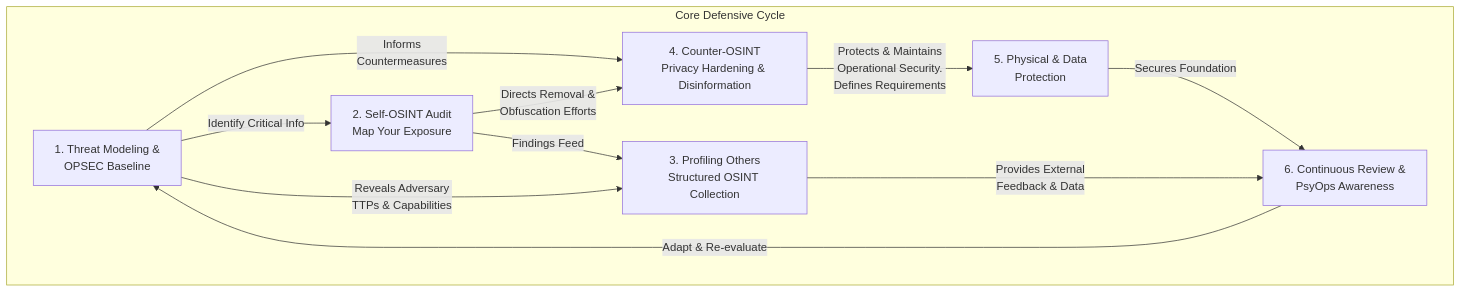
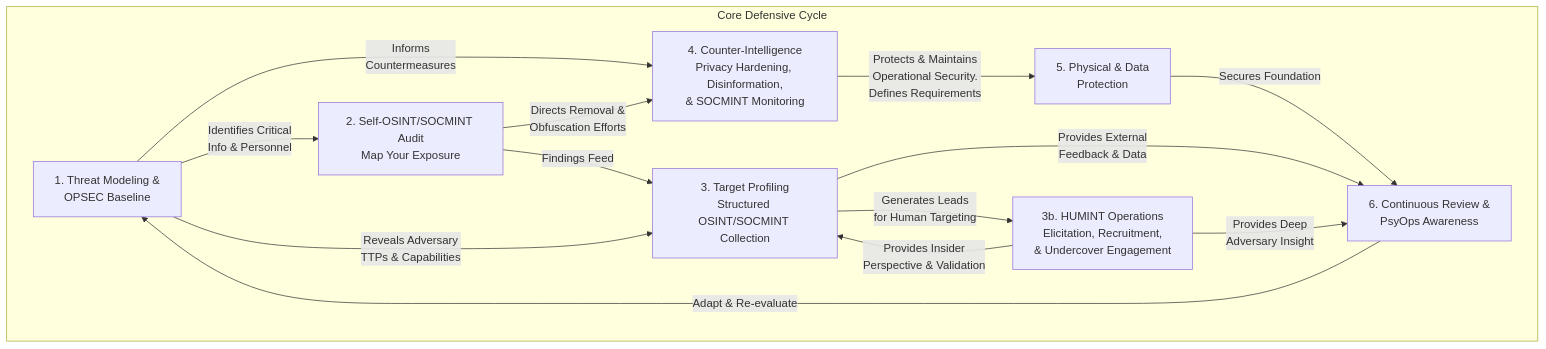
One commit to airborne-commando/OPSEC-OSINT-Tools changed the diagram in methodology.md. Above: the diagram before and after it, drawn with Mermaid.

````diff
--- a/methodology.md
+++ b/methodology.md
@@ -194,26 +194,31 @@
 ```mermaid
 flowchart TD
-    A[1. Threat Modeling &<br>OPSEC Baseline] -->|Identify Critical Info| B[2. Self-OSINT Audit<br>Map Your Exposure]
-    B -->|Findings Feed| C[3. Profiling Others<br>Structured OSINT Collection]
+    A[1. Threat Modeling &<br>OPSEC Baseline] -->|Identifies Critical<br>Info & Personnel| B[2. Self-OSINT/SOCMINT Audit<br>Map Your Exposure]
+    B -->|Findings Feed| C[3. Target Profiling<br>Structured OSINT/SOCMINT Collection]
     
     A -->|Reveals Adversary<br>TTPs & Capabilities| C
-    
-    A -->|Informs<br>Countermeasures| D[4. Counter-OSINT<br>Privacy Hardening & Disinformation]
+
+    C -->|Generates Leads<br>for Human Targeting| H[3b. HUMINT Operations<br>Elicitation, Recruitment,<br>& Undercover Engagement]
+    H -->|Provides Insider<br>Perspective & Validation| C
+
+    A -->|Informs<br>Countermeasures| D[4. Counter-Intelligence<br>Privacy Hardening, Disinformation,<br>& SOCMINT Monitoring]
     B -->|Directs Removal &<br>Obfuscation Efforts| D
     
     D -->|Protects & Maintains<br>Operational Security.<br>Defines Requirements| E[5. Physical & Data<br>Protection]
     
     E -->|Secures Foundation| F[6. Continuous Review &<br>PsyOps Awareness]
     C -->|Provides External<br>Feedback & Data| F
+    H -->|Provides Deep<br>Adversary Insight| F
 
     F -->|Adapt & Re-evaluate| A
 
     subgraph "Core Defensive Cycle"
         A
         B
+        C
+        H
         D
-        C
         E
         F
     end
 ```
````
